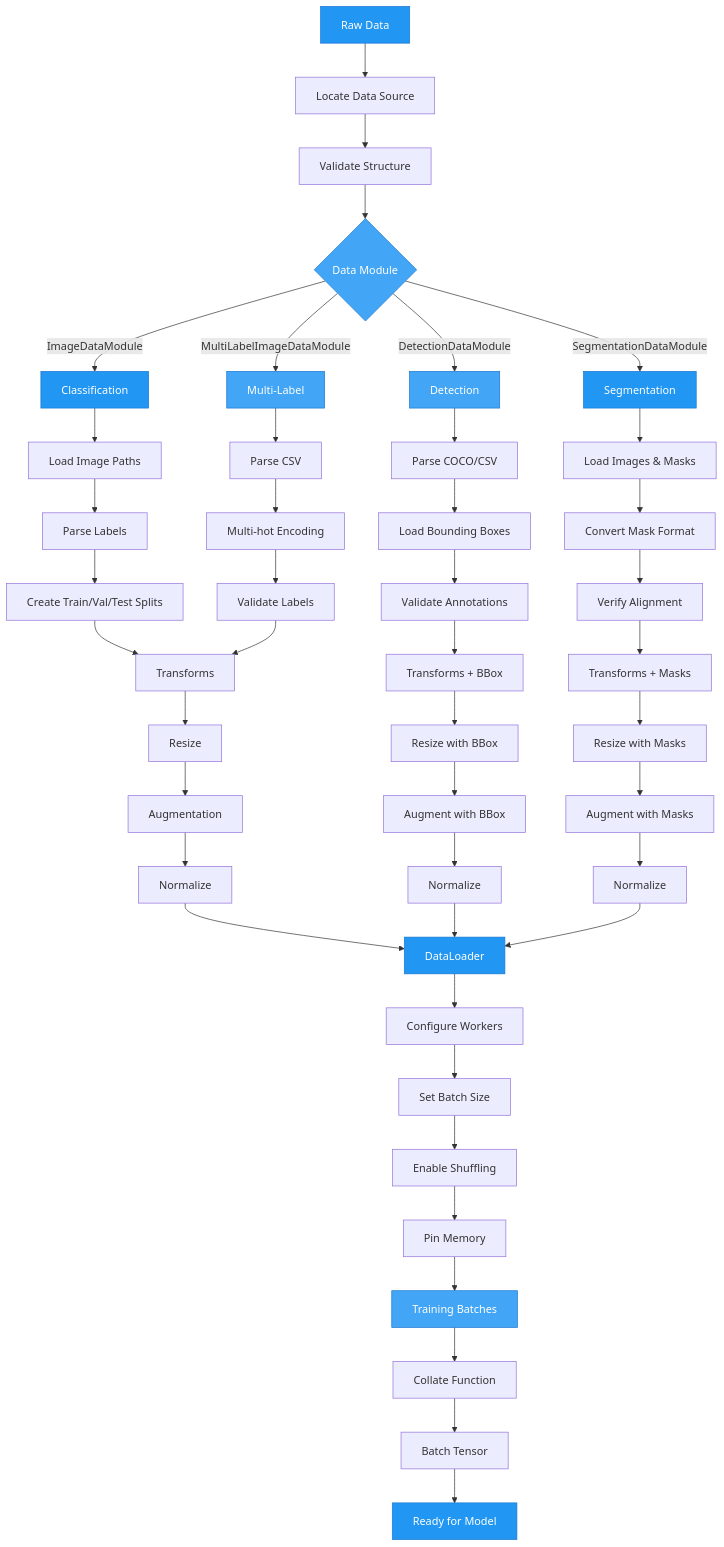
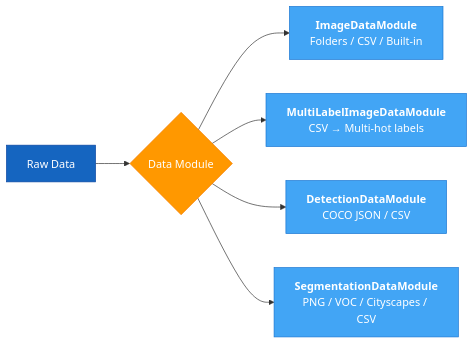
One commit to theja-vanka/AutoTimm changed the first of 2 diagrams in docs/user-guide/data-loading/index.md. Above: the diagram before and after it, drawn with Mermaid. The commit also changed other lines of this file and 16 other files, not shown here.

Commit message:
refactor: docs with mermaid diagrams

````diff
--- a/docs/user-guide/data-loading/index.md
+++ b/docs/user-guide/data-loading/index.md
@@ -15,66 +17,15 @@
 ```mermaid
-graph TD
-    A[Raw Data] --> A1[Locate Data Source]
-    A1 --> A2[Validate Structure]
-    A2 --> B{Data Module}
-    
-    B -->|ImageDataModule| C1[Classification]
-    C1 --> C1a[Load Image Paths]
-    C1a --> C1b[Parse Labels]
-    C1b --> C1c[Create Train/Val/Test Splits]
-    
-    B -->|MultiLabelImageDataModule| C4[Multi-Label]
-    C4 --> C4a[Parse CSV]
-    C4a --> C4b[Multi-hot Encoding]
-    C4b --> C4c[Validate Labels]
-    
-    B -->|DetectionDataModule| C2[Detection]
-    C2 --> C2a[Parse COCO/CSV]
-    C2a --> C2b[Load Bounding Boxes]
-    C2b --> C2c[Validate Annotations]
-    
-    B -->|SegmentationDataModule| C3[Segmentation]
-    C3 --> C3a[Load Images & Masks]
-    C3a --> C3b[Convert Mask Format]
-    C3b --> C3c[Verify Alignment]
+graph LR
+    A[Raw Data] --> B{Data Module}
+    B --> C1[<b>ImageDataModule</b><br/>Folders / CSV / Built-in]
+    B --> C2[<b>MultiLabelImageDataModule</b><br/>CSV → Multi-hot labels]
+    B --> C3[<b>DetectionDataModule</b><br/>COCO JSON / CSV]
+    B --> C4[<b>SegmentationDataModule</b><br/>PNG / VOC / Cityscapes / CSV]
 
-    C1c --> D1[Transforms]
-    C4c --> D1
-    D1 --> D1a[Resize]
-    D1a --> D1b[Augmentation]
-    D1b --> D1c[Normalize]
-    
-    C2c --> D2[Transforms + BBox]
-    D2 --> D2a[Resize with BBox]
-    D2a --> D2b[Augment with BBox]
-    D2b --> D2c[Normalize]
-    
-    C3c --> D3[Transforms + Masks]
-    D3 --> D3a[Resize with Masks]
-    D3a --> D3b[Augment with Masks]
-    D3b --> D3c[Normalize]
-
-    D1c --> E[DataLoader]
-    D2c --> E
-    D3c --> E
-    
-    E --> E1[Configure Workers]
-    E1 --> E2[Set Batch Size]
-    E2 --> E3[Enable Shuffling]
-    E3 --> E4[Pin Memory]
-    E4 --> F[Training Batches]
-    
-    F --> F1[Collate Function]
-    F1 --> F2[Batch Tensor]
-    F2 --> F3[Ready for Model]
-
-    style A fill:#2196F3,stroke:#1976D2,color:#fff
-    style B fill:#42A5F5,stroke:#1976D2,color:#fff
-    style C1 fill:#2196F3,stroke:#1976D2,color:#fff
+    style A fill:#1565C0,stroke:#0D47A1,color:#fff
+    style B fill:#FF9800,stroke:#F57C00,color:#fff
+    style C1 fill:#42A5F5,stroke:#1976D2,color:#fff
     style C2 fill:#42A5F5,stroke:#1976D2,color:#fff
-    style C3 fill:#2196F3,stroke:#1976D2,color:#fff
+    style C3 fill:#42A5F5,stroke:#1976D2,color:#fff
     style C4 fill:#42A5F5,stroke:#1976D2,color:#fff
-    style E fill:#2196F3,stroke:#1976D2,color:#fff
-    style F fill:#42A5F5,stroke:#1976D2,color:#fff
-    style F3 fill:#2196F3,stroke:#1976D2,color:#fff
 ```
````
